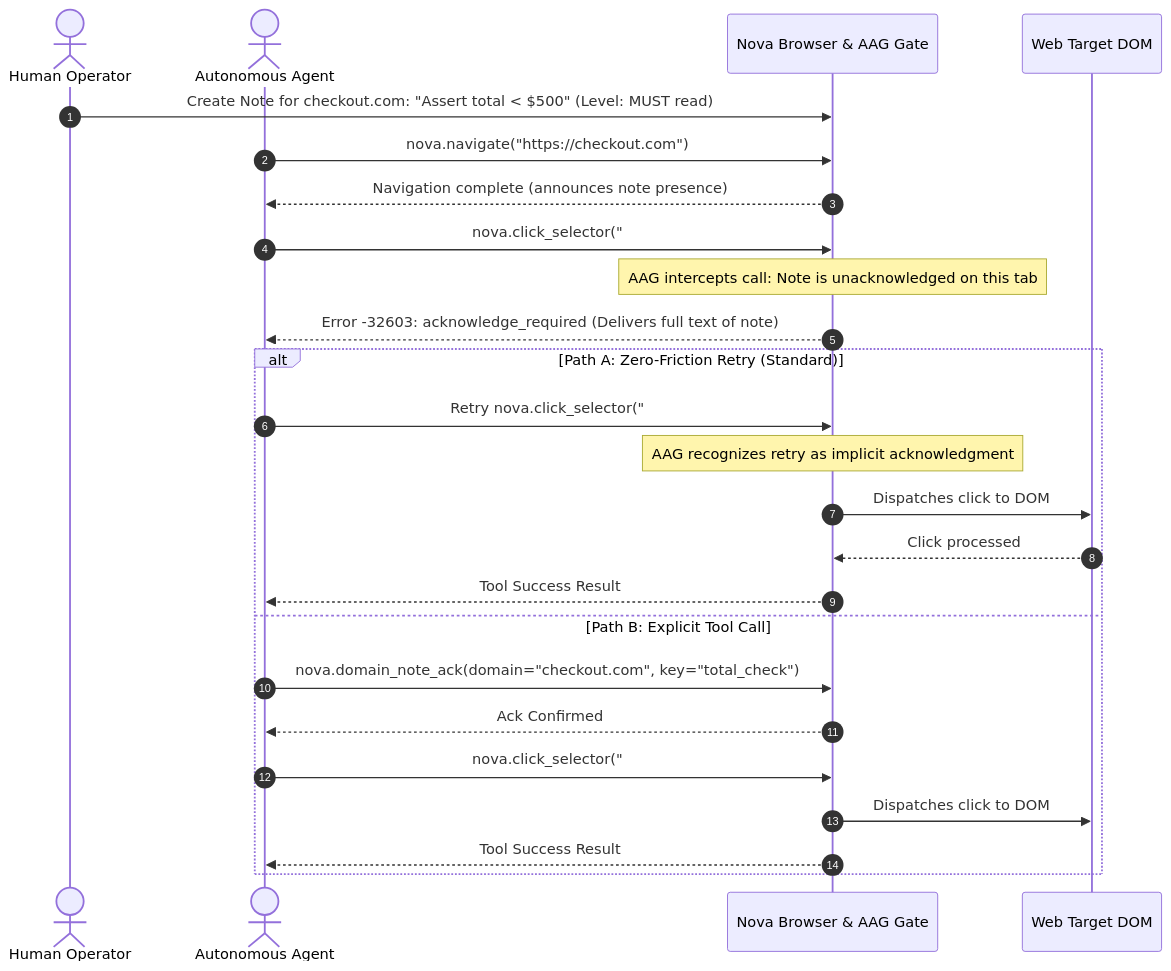
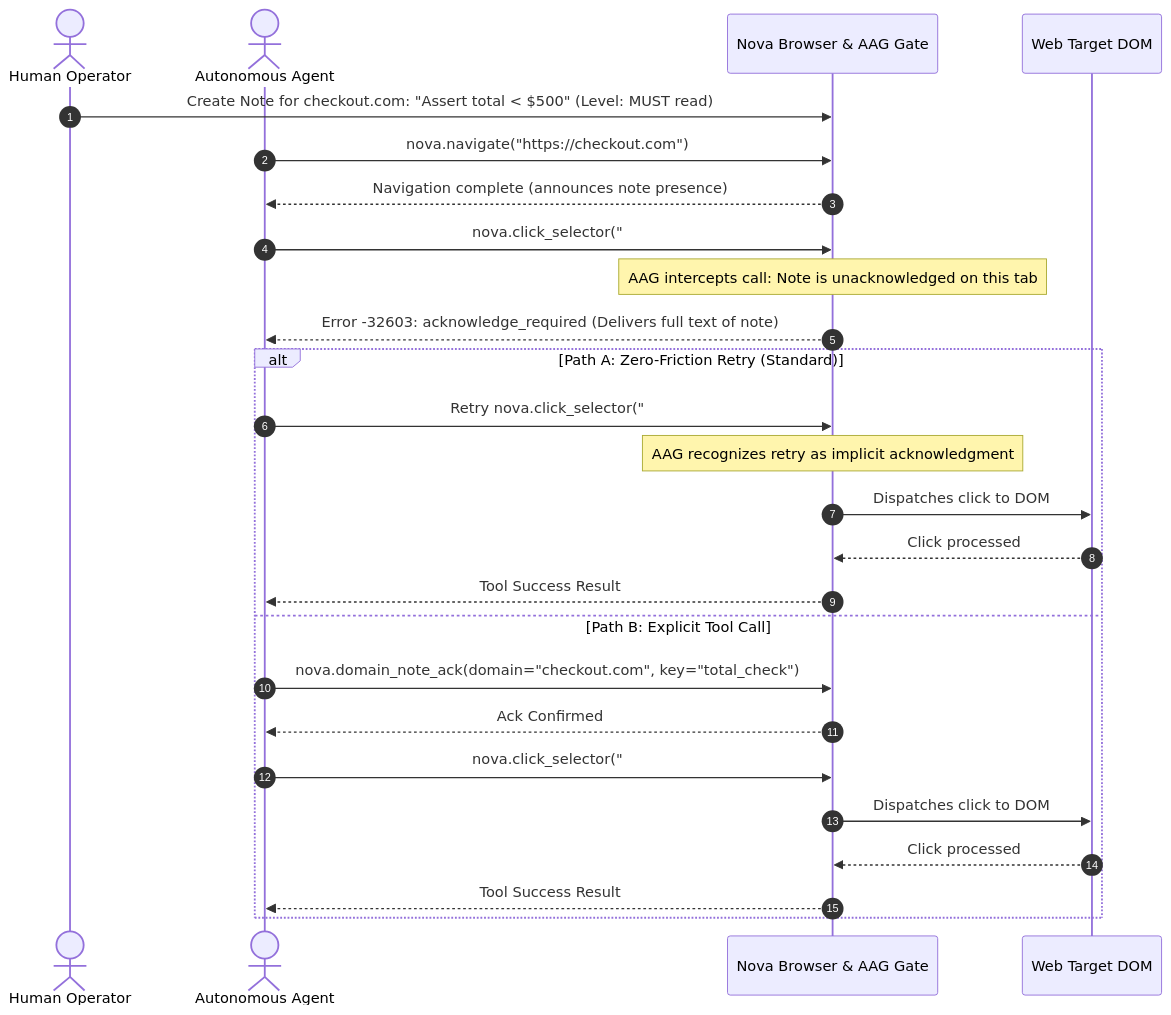
One commit to joelaniol/nova changed the second of 3 diagrams in docs/core-features/learning/domain-notes/README.md. Above: the diagram before and after it, drawn with Mermaid. The commit also changed other lines of this file and 3 other files, not shown here.

````diff
--- a/docs/core-features/learning/domain-notes/README.md
+++ b/docs/core-features/learning/domain-notes/README.md
@@ -68,30 +68,31 @@
 ```mermaid
 sequenceDiagram
     autonumber
     actor User as Human Operator
     actor Agent as Autonomous Agent
     participant Nova as Nova Browser & AAG Gate
     participant Web as Web Target DOM
 
     User->>Nova: Create Note for checkout.com: "Assert total < $500" (Level: MUST read)
     Agent->>Nova: nova.navigate("https://checkout.com")
     Nova-->>Agent: Navigation complete (announces note presence)
     
     Agent->>Nova: nova.click_selector("#submit-payment")
     Note over Nova: AAG intercepts call: Note is unacknowledged on this tab
     Nova-->>Agent: Error -32603: acknowledge_required (Delivers full text of note)
     
     alt Path A: Zero-Friction Retry (Standard)
         Agent->>Nova: Retry nova.click_selector("#submit-payment")
         Note over Nova: AAG recognizes retry as implicit acknowledgment
         Nova->>Web: Dispatches click to DOM
         Web-->>Nova: Click processed
         Nova-->>Agent: Tool Success Result
     else Path B: Explicit Tool Call
         Agent->>Nova: nova.domain_note_ack(domain="checkout.com", key="total_check")
         Nova-->>Agent: Ack Confirmed
         Agent->>Nova: nova.click_selector("#submit-payment")
         Nova->>Web: Dispatches click to DOM
+        Web-->>Nova: Click processed
         Nova-->>Agent: Tool Success Result
     end
 ```
````
